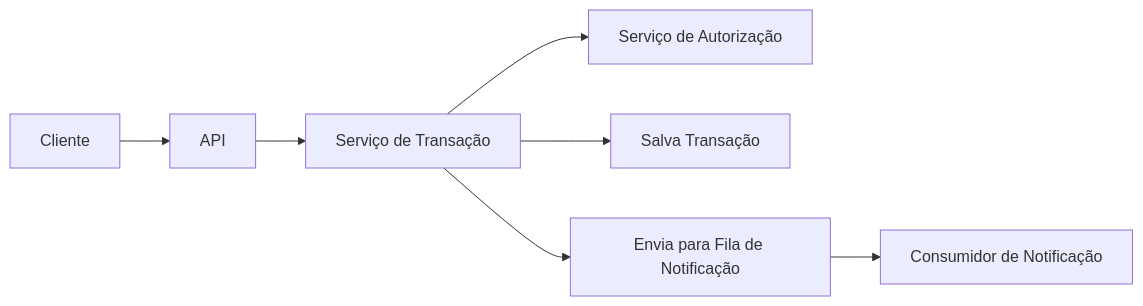
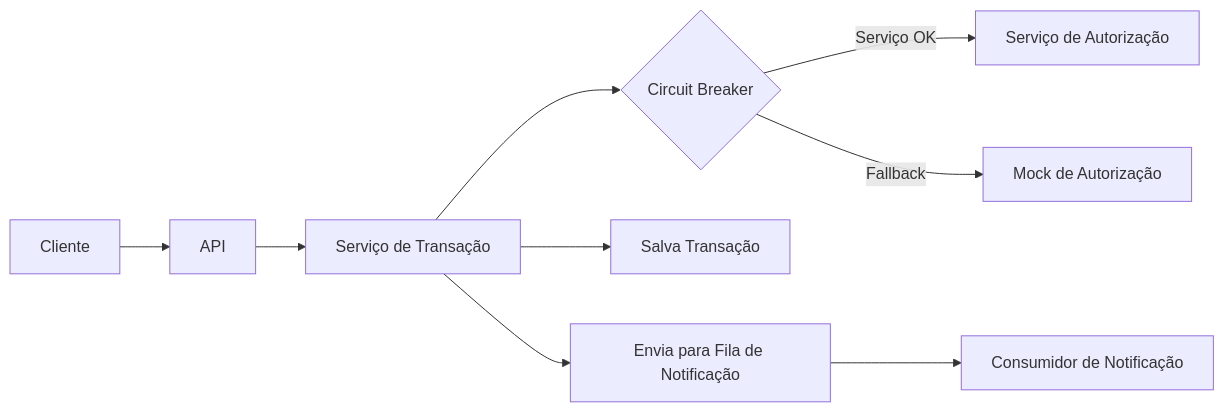
Before and after one commit to wandrad3/picpay-desafio: the diagram in README.md, drawn with Mermaid. The commit also changed other lines of this file, not shown here.

````diff
--- a/README.md
+++ b/README.md
@@ -29,9 +29,11 @@
 ```mermaid
 flowchart LR
     A[Cliente] --> B[API]
     B --> C[Serviço de Transação]
-    C --> D[Serviço de Autorização]
-    C --> E[Salva Transação]
-    C --> F[Envia para Fila de Notificação]
-    F --> G[Consumidor de Notificação]
+    C --> D{Circuit Breaker}
+    D -- Serviço OK --> E[Serviço de Autorização]
+    D -- Fallback --> F[Mock de Autorização]
+    C --> G[Salva Transação]
+    C --> H[Envia para Fila de Notificação]
+    H --> I[Consumidor de Notificação]
 ```
````
